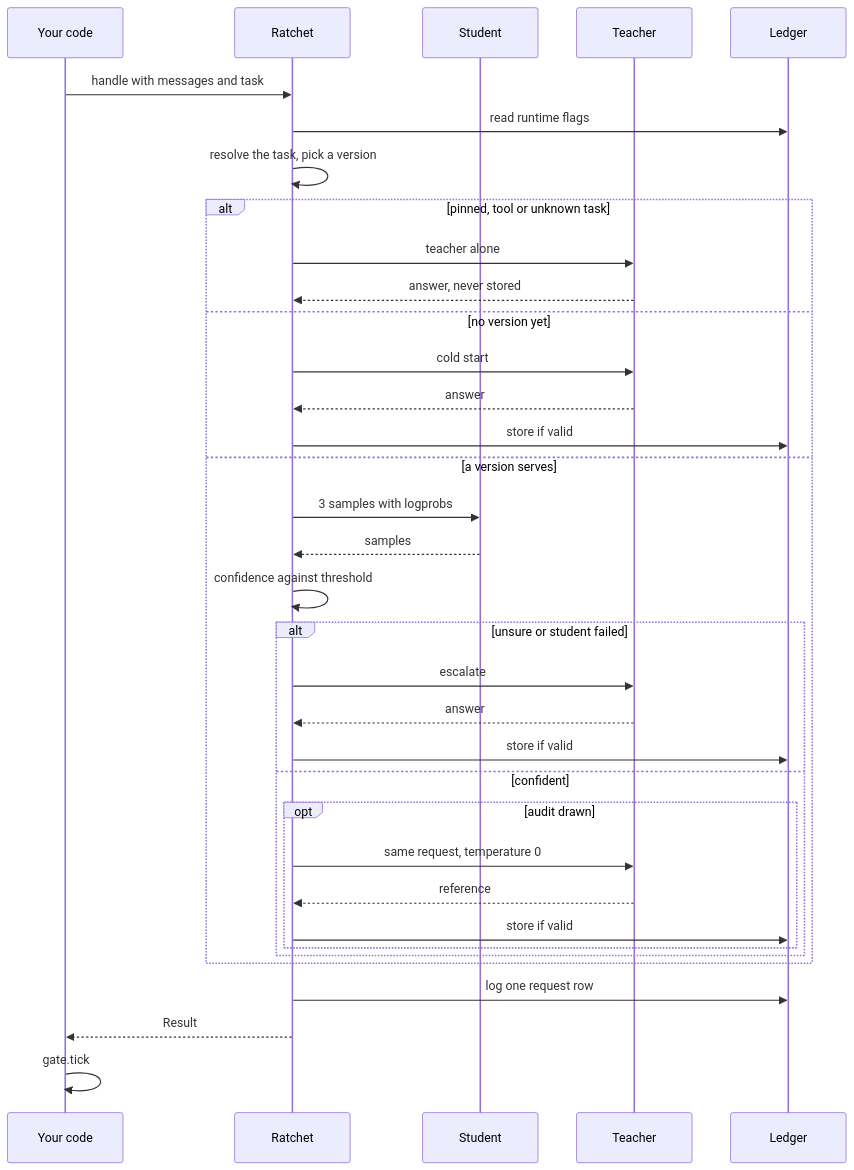
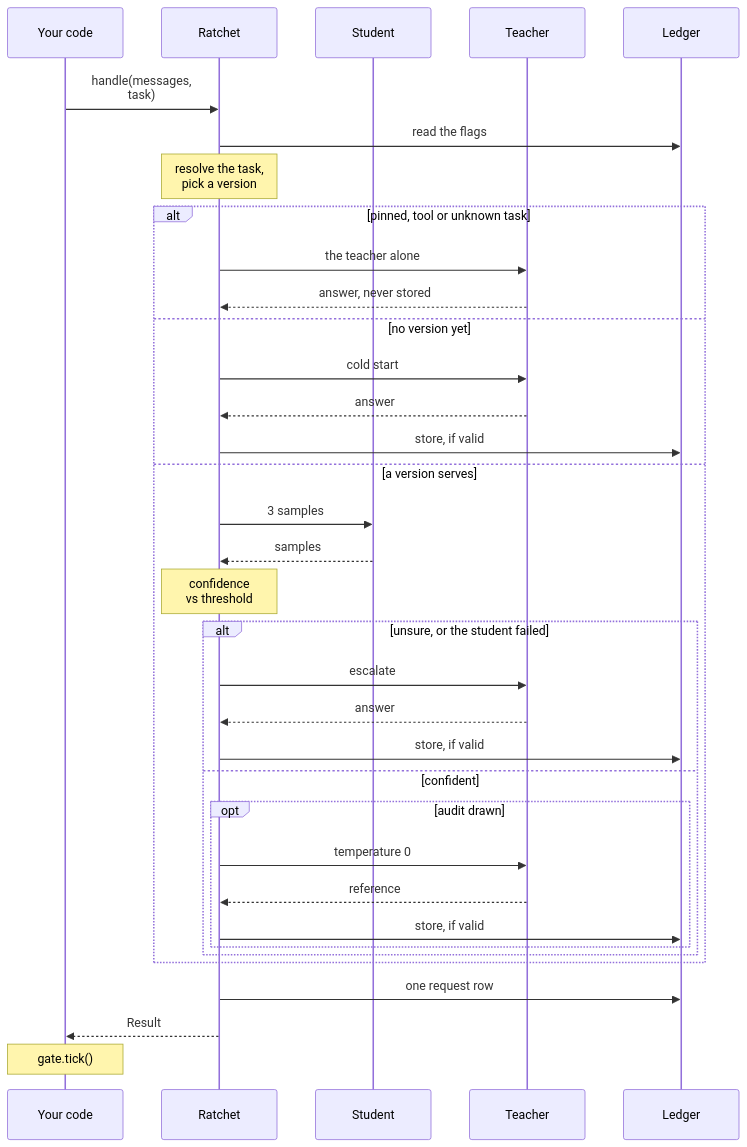
One commit to harshbhx/ratchet changed the second of 2 diagrams in docs-site/src/content/docs/api/python.mdx. Above: the diagram before and after it, drawn with Mermaid. The commit also changed other lines of this file and 25 other files, not shown here.

````diff
--- a/docs-site/src/content/docs/api/python.mdx
+++ b/docs-site/src/content/docs/api/python.mdx
@@ -66,37 +84,37 @@
 ```mermaid
 sequenceDiagram
-    participant A as Your code
-    participant R as Ratchet
-    participant S as Student
-    participant T as Teacher
-    participant L as Ledger
-    A->>R: handle with messages and task
-    R->>L: read runtime flags
-    R->>R: resolve the task, pick a version
-    alt pinned, tool or unknown task
-        R->>T: teacher alone
-        T-->>R: answer, never stored
-    else no version yet
-        R->>T: cold start
-        T-->>R: answer
-        R->>L: store if valid
-    else a version serves
-        R->>S: 3 samples with logprobs
-        S-->>R: samples
-        R->>R: confidence against threshold
-        alt unsure or student failed
-            R->>T: escalate
-            T-->>R: answer
-            R->>L: store if valid
-        else confident
-            opt audit drawn
-                R->>T: same request, temperature 0
-                T-->>R: reference
-                R->>L: store if valid
-            end
-        end
+  participant A as Your code
+  participant R as Ratchet
+  participant Student as Student
+  participant Teacher as Teacher
+  participant Ledger as Ledger
+  A->>R: handle(messages,<br/>task)
+  R->>Ledger: read the flags
+  Note over R: resolve the task,<br/>pick a version
+  alt pinned, tool or unknown task
+    R->>Teacher: the teacher alone
+    Teacher-->>R: answer, never stored
+  else no version yet
+    R->>Teacher: cold start
+    Teacher-->>R: answer
+    R->>Ledger: store, if valid
+  else a version serves
+    R->>Student: 3 samples
+    Student-->>R: samples
+    Note over R: confidence<br/>vs threshold
+    alt unsure, or the student failed
+      R->>Teacher: escalate
+      Teacher-->>R: answer
+      R->>Ledger: store, if valid
+    else confident
+      opt audit drawn
+        R->>Teacher: temperature 0
+        Teacher-->>R: reference
+        R->>Ledger: store, if valid
+      end
     end
-    R->>L: log one request row
-    R-->>A: Result
-    A->>A: gate.tick
+  end
+  R->>Ledger: one request row
+  R-->>A: Result
+  Note over A: gate.tick()
 ```
````
